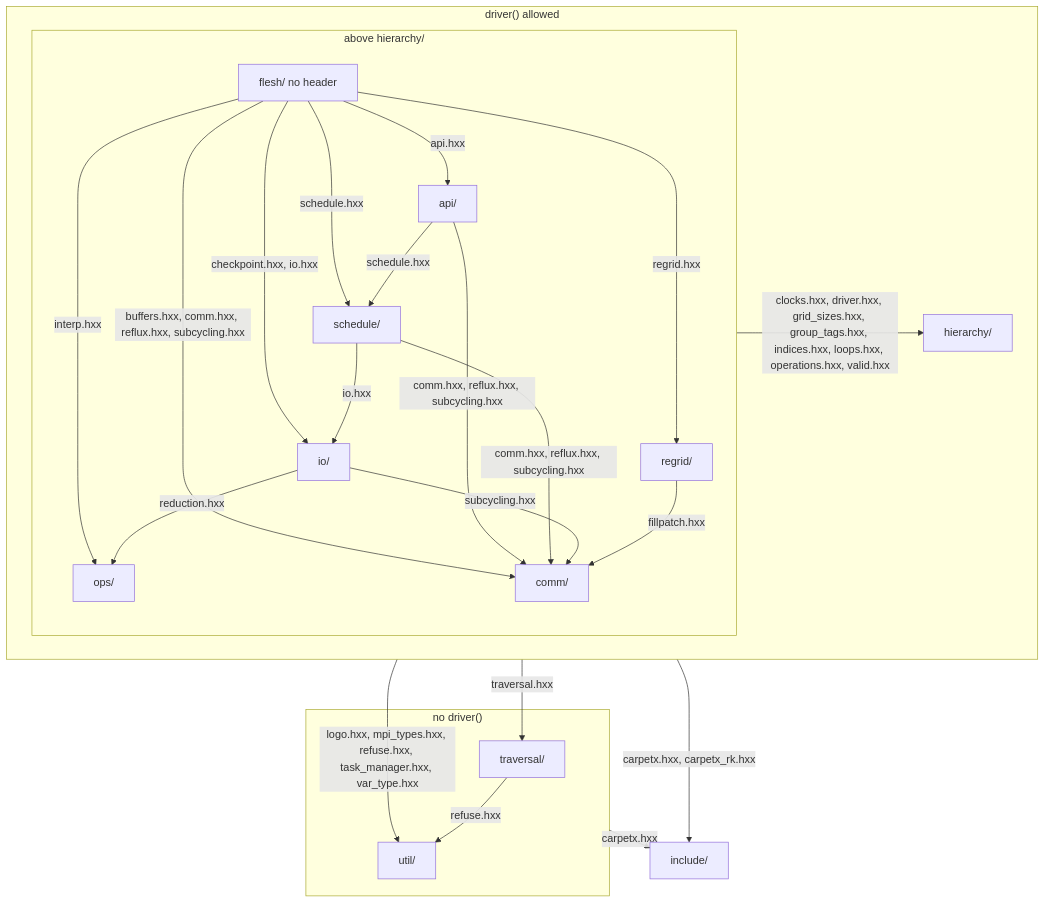
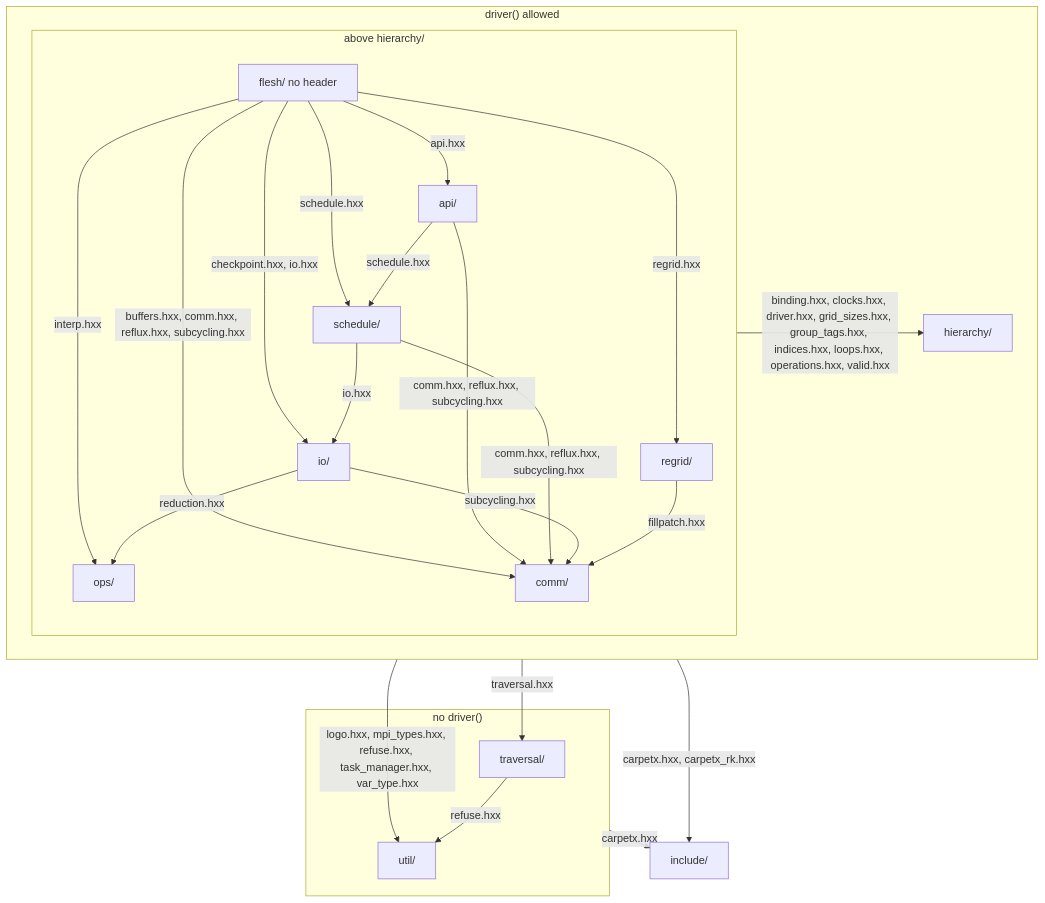
One commit to lwJi/CarpetX changed the first of 3 diagrams in agent_docs/carpetx-internals.md. Above: the diagram before and after it, drawn with Mermaid. The commit also changed other lines of this file and 6 other files, not shown here.

````diff
--- a/agent_docs/carpetx-internals.md
+++ b/agent_docs/carpetx-internals.md
@@ -7,39 +7,39 @@
 ```mermaid
 flowchart TB
   subgraph door["driver() allowed"]
     subgraph above["above hierarchy/"]
       flesh["flesh/ no header"]
       api["api/"]
       schedule["schedule/"]
       io["io/"]
       ops["ops/"]
       regrid["regrid/"]
       comm["comm/"]
     end
     hierarchy["hierarchy/"]
   end
   subgraph nodoor["no driver()"]
     traversal["traversal/"]
     util["util/"]
   end
   include["include/"]
   flesh -- "api.hxx" --> api
   flesh -- "schedule.hxx" --> schedule
   flesh -- "checkpoint.hxx, io.hxx" --> io
   flesh -- "interp.hxx" --> ops
   flesh -- "regrid.hxx" --> regrid
   flesh -- "buffers.hxx, comm.hxx, reflux.hxx, subcycling.hxx" --> comm
   api -- "schedule.hxx" --> schedule
   api -- "comm.hxx, reflux.hxx, subcycling.hxx" --> comm
   schedule -- "io.hxx" --> io
   schedule -- "comm.hxx, reflux.hxx, subcycling.hxx" --> comm
   io -- "reduction.hxx" --> ops
   io -- "subcycling.hxx" --> comm
   regrid -- "fillpatch.hxx" --> comm
   traversal -- "refuse.hxx" --> util
-  above -- "clocks.hxx, driver.hxx, grid_sizes.hxx, group_tags.hxx, indices.hxx, loops.hxx, operations.hxx, valid.hxx" --> hierarchy
+  above -- "binding.hxx, clocks.hxx, driver.hxx, grid_sizes.hxx, group_tags.hxx, indices.hxx, loops.hxx, operations.hxx, valid.hxx" --> hierarchy
   door -- "traversal.hxx" --> traversal
   door -- "logo.hxx, mpi_types.hxx, refuse.hxx, task_manager.hxx, var_type.hxx" --> util
   door -- "carpetx.hxx, carpetx_rk.hxx" --> include
   nodoor -- "carpetx.hxx" --> include
 ```
````
